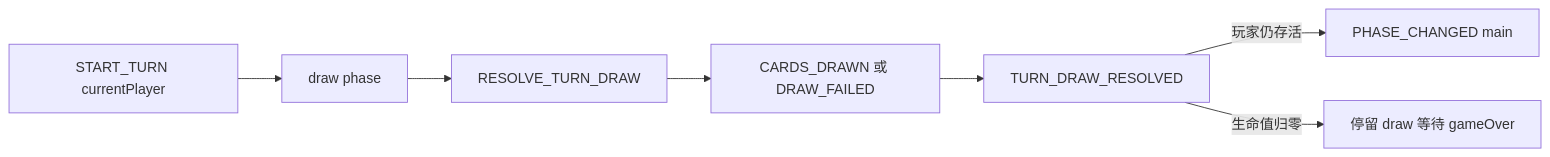
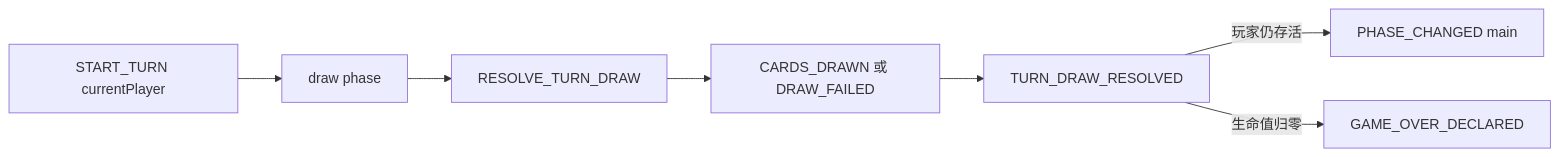
Before and after one commit to ssssaaa111/play_card_game: the third of 9 diagrams in GAME_FLOW.md, drawn with Mermaid. The commit also changed other lines of this file and 9 other files, not shown here.

````diff
--- a/GAME_FLOW.md
+++ b/GAME_FLOW.md
@@ -73,9 +73,9 @@
 ```mermaid
 flowchart LR
     StartTurn[START_TURN currentPlayer] --> DrawPhase[draw phase]
     DrawPhase --> ResolveDraw[RESOLVE_TURN_DRAW]
     ResolveDraw --> DrawEvents[CARDS_DRAWN 或 DRAW_FAILED]
     DrawEvents --> Resolved[TURN_DRAW_RESOLVED]
     Resolved -->|玩家仍存活| MainPhase[PHASE_CHANGED main]
-    Resolved -->|生命值归零| Stop[停留 draw 等待 gameOver]
+    Resolved -->|生命值归零| Stop[GAME_OVER_DECLARED]
 ```
````
